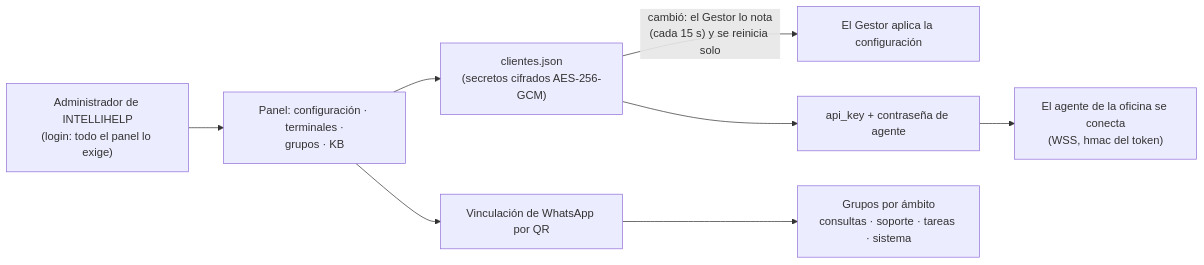
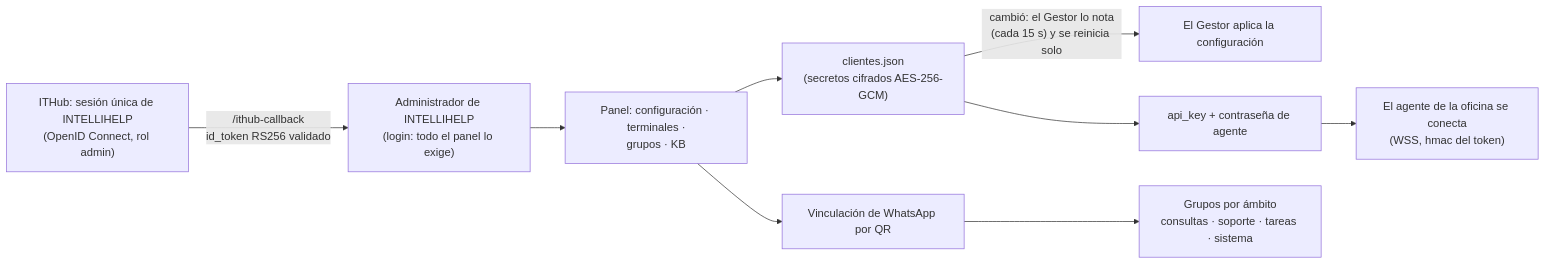
One commit to bsierra4262/ithos changed the fifth of 6 diagrams in DOCUMENTO_MAESTRO.md. Above: the diagram before and after it, drawn with Mermaid. The commit also changed other lines of this file and 12 other files, not shown here.

First line of the commit message:
ingreso con ITHub: sesion unica de Intellihelp en el panel del Gestor

````diff
--- a/DOCUMENTO_MAESTRO.md
+++ b/DOCUMENTO_MAESTRO.md
@@ -195,10 +195,11 @@
 ```mermaid
 flowchart LR
+    ITH["ITHub: sesión única de INTELLIHELP<br/>(OpenID Connect, rol admin)"] -->|"/ithub-callback<br/>id_token RS256 validado"| ADM
     ADM["Administrador de INTELLIHELP<br/>(login: todo el panel lo exige)"] --> PAN["Panel: configuración · terminales ·<br/>grupos · KB"]
     PAN --> CFG["clientes.json<br/>(secretos cifrados AES-256-GCM)"]
     CFG -->|"cambió: el Gestor lo nota<br/>(cada 15 s) y se reinicia solo"| GES["El Gestor aplica la configuración"]
     CFG --> K["api_key + contraseña de agente"]
     K --> AGN["El agente de la oficina se conecta<br/>(WSS, hmac del token)"]
     PAN --> QR["Vinculación de WhatsApp por QR"]
     QR --> GRP["Grupos por ámbito<br/>consultas · soporte · tareas · sistema"]
 ```
````
